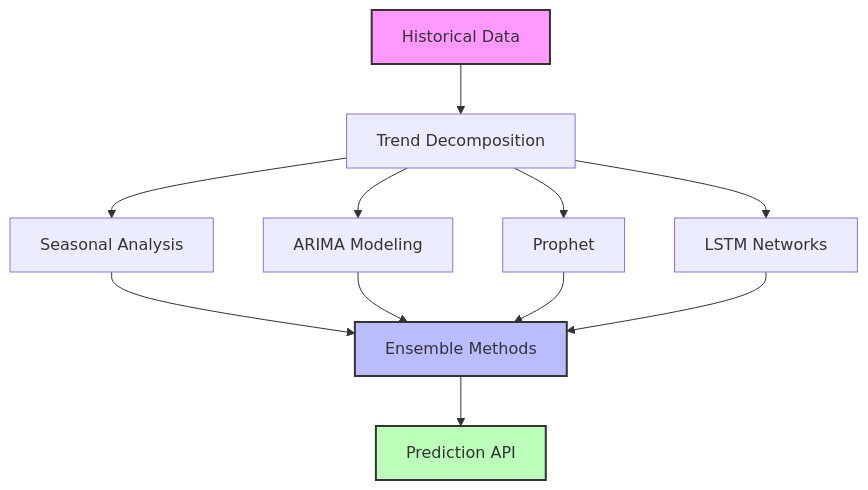
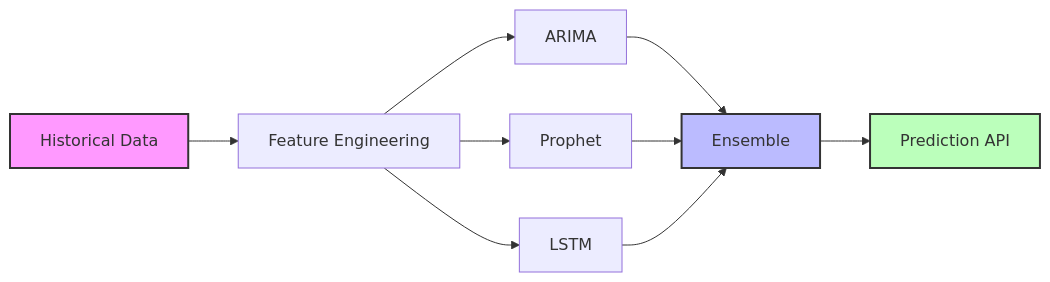
Before and after one commit to joaquimtimoteo/joaquimtimoteo: the third of 3 diagrams in README.md, drawn with Mermaid. The commit also changed other lines of this file, not shown here.

````diff
--- a/README.md
+++ b/README.md
@@ -237,14 +218,13 @@
 ```mermaid
-graph TD
-    A[Historical Data] --> B[Trend Decomposition]
-    B --> C[Seasonal Analysis]
-    B --> D[ARIMA Modeling]
-    B --> E[Prophet]
-    B --> F[LSTM Networks]
-    C & D & E & F --> G[Ensemble Methods]
-    G --> H[Prediction API]
+graph LR
+    A[Historical Data] --> B[Feature Engineering]
+    B --> C[ARIMA]
+    B --> D[Prophet]
+    B --> E[LSTM]
+    C & D & E --> F[Ensemble]
+    F --> G[Prediction API]
     
     style A fill:#f9f,stroke:#333,stroke-width:2px
-    style G fill:#bbf,stroke:#333,stroke-width:2px
-    style H fill:#bfb,stroke:#333,stroke-width:2px
+    style F fill:#bbf,stroke:#333,stroke-width:2px
+    style G fill:#bfb,stroke:#333,stroke-width:2px
 ```
````
